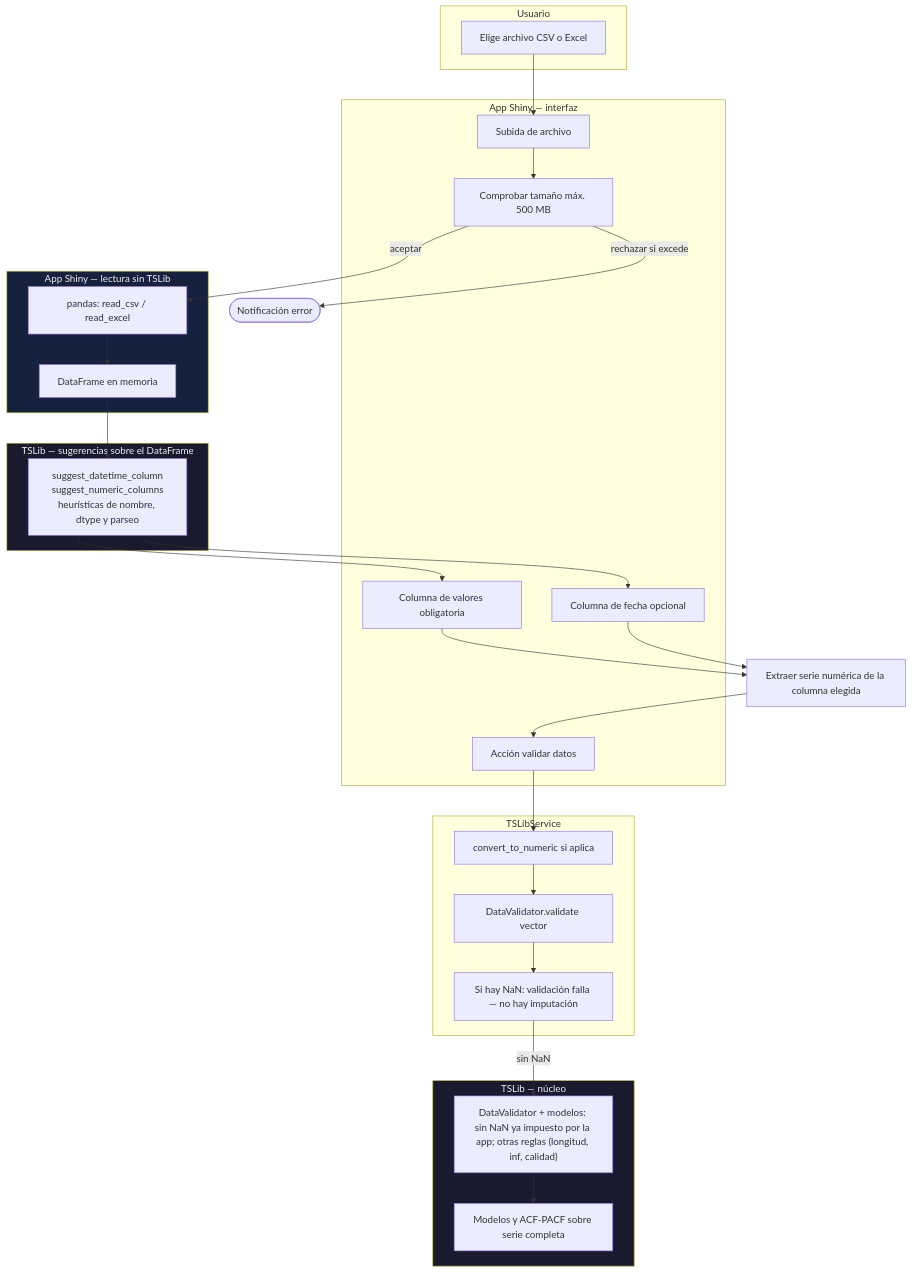
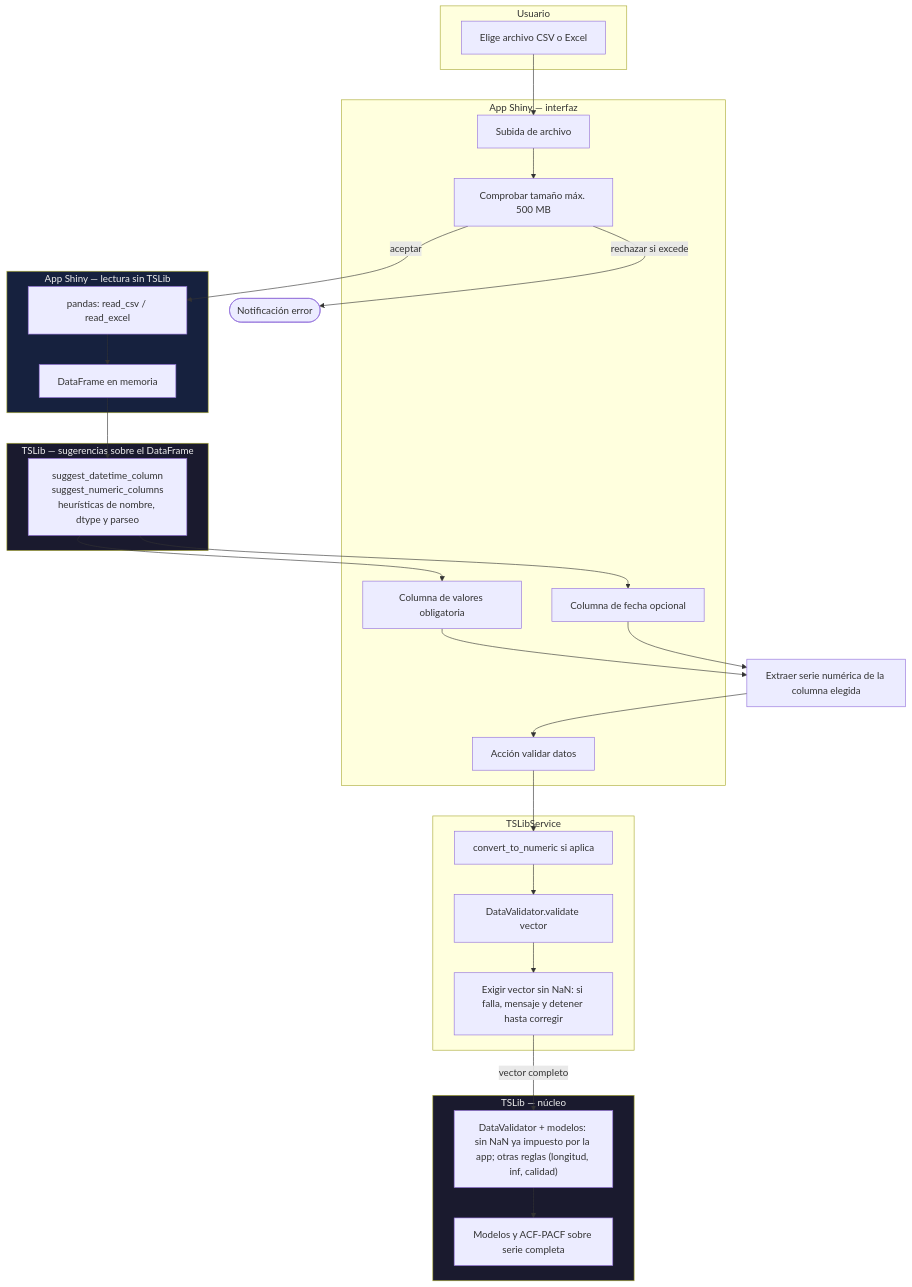
The first of 2 diagrams in diagrams/01-ingesta/DOCUMENTACION.md (jesus1612/time-series-project), drawn with Mermaid before and after one commit. The commit also changed other lines of this file and 7 other files, not shown here.

````diff
--- a/diagrams/01-ingesta/DOCUMENTACION.md
+++ b/diagrams/01-ingesta/DOCUMENTACION.md
@@ -11,55 +11,55 @@
 ```mermaid
 flowchart TB
   subgraph USUARIO["Usuario"]
     A[Elige archivo CSV o Excel]
   end
 
   subgraph UI["App Shiny — interfaz"]
     B[Subida de archivo]
     LIM["Comprobar tamaño máx. 500 MB"]
     C[Columna de valores obligatoria]
     D[Columna de fecha opcional]
     E[Acción validar datos]
   end
 
   subgraph LECTURA["App Shiny — lectura sin TSLib"]
     F["pandas: read_csv / read_excel"]
     G["DataFrame en memoria"]
   end
 
   subgraph TSLIB_TAB["TSLib — sugerencias sobre el DataFrame"]
     SUG["suggest_datetime_column\nsuggest_numeric_columns\nheurísticas de nombre, dtype y parseo"]
   end
 
   subgraph SERVICIO["TSLibService"]
     I["convert_to_numeric si aplica"]
     J["DataValidator.validate vector"]
-    Z["Si hay NaN: validación falla — no hay imputación"]
+    Z["Exigir vector sin NaN: si falla, mensaje y detener hasta corregir"]
   end
 
   subgraph TSLIB["TSLib — núcleo"]
     L["DataValidator + modelos: sin NaN ya impuesto por la app; otras reglas (longitud, inf, calidad)"]
     M["Modelos y ACF-PACF sobre serie completa"]
   end
 
   A --> B
   B --> LIM
   LIM -->|rechazar si excede| X([Notificación error])
   LIM -->|aceptar| F
   F --> G
   G --> SUG
   SUG --> C
   SUG --> D
   C --> H["Extraer serie numérica de la columna elegida"]
   D --> H
   H --> E
   E --> I
   I --> J
   J --> Z
-  Z -->|sin NaN| L
+  Z -->|vector completo| L
   L --> M
 
   style TSLIB fill:#1a1a2e,color:#eee
   style TSLIB_TAB fill:#1a1a2e,color:#eee
   style LECTURA fill:#16213e,color:#eee
 ```
````
